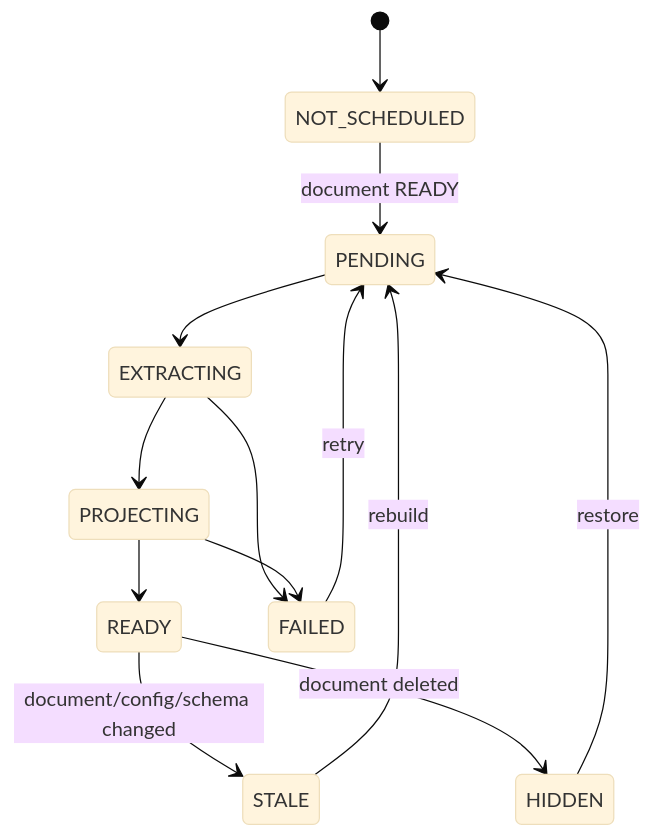
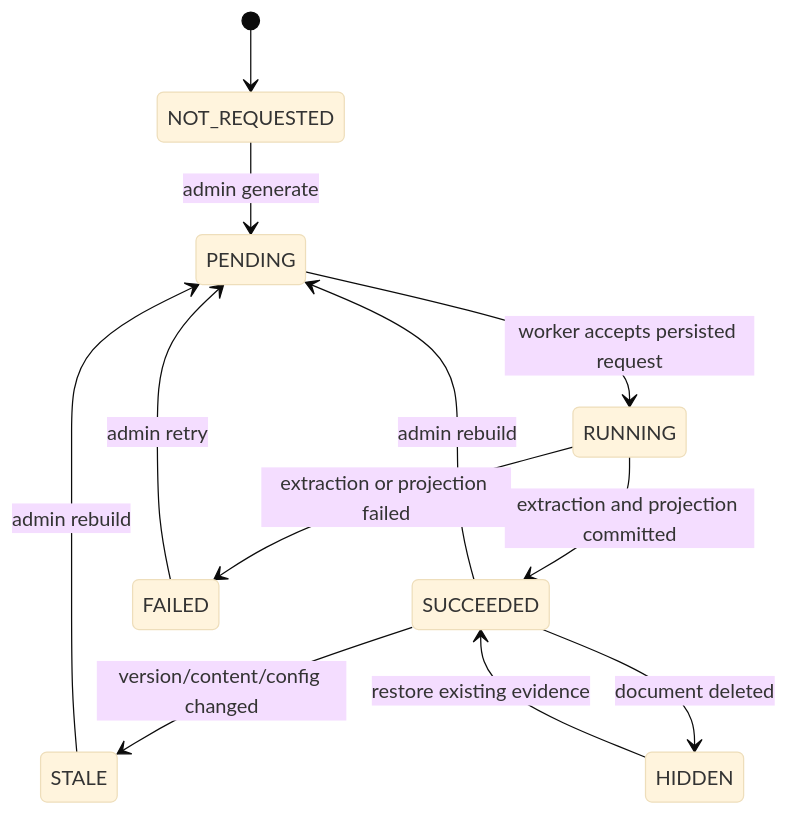
The third of 4 diagrams in docs/IMPLEMENTATION_PLAN.md (xuanheScript/robust-rag), drawn with Mermaid (base theme) before and after one commit. The commit also changed other lines of this file and 83 other files, not shown here.

````diff
--- a/docs/IMPLEMENTATION_PLAN.md
+++ b/docs/IMPLEMENTATION_PLAN.md
@@ -712,15 +750,14 @@
 ```mermaid
 stateDiagram-v2
-    [*] --> NOT_SCHEDULED
-    NOT_SCHEDULED --> PENDING: document READY
-    PENDING --> EXTRACTING
-    EXTRACTING --> PROJECTING
-    PROJECTING --> READY
-    EXTRACTING --> FAILED
-    PROJECTING --> FAILED
-    FAILED --> PENDING: retry
-    READY --> STALE: document/config/schema changed
-    STALE --> PENDING: rebuild
-    READY --> HIDDEN: document deleted
-    HIDDEN --> PENDING: restore
+    [*] --> NOT_REQUESTED
+    NOT_REQUESTED --> PENDING: admin generate
+    PENDING --> RUNNING: worker accepts persisted request
+    RUNNING --> SUCCEEDED: extraction and projection committed
+    RUNNING --> FAILED: extraction or projection failed
+    FAILED --> PENDING: admin retry
+    SUCCEEDED --> PENDING: admin rebuild
+    SUCCEEDED --> STALE: version/content/config changed
+    STALE --> PENDING: admin rebuild
+    SUCCEEDED --> HIDDEN: document deleted
+    HIDDEN --> SUCCEEDED: restore existing evidence
 ```
````
